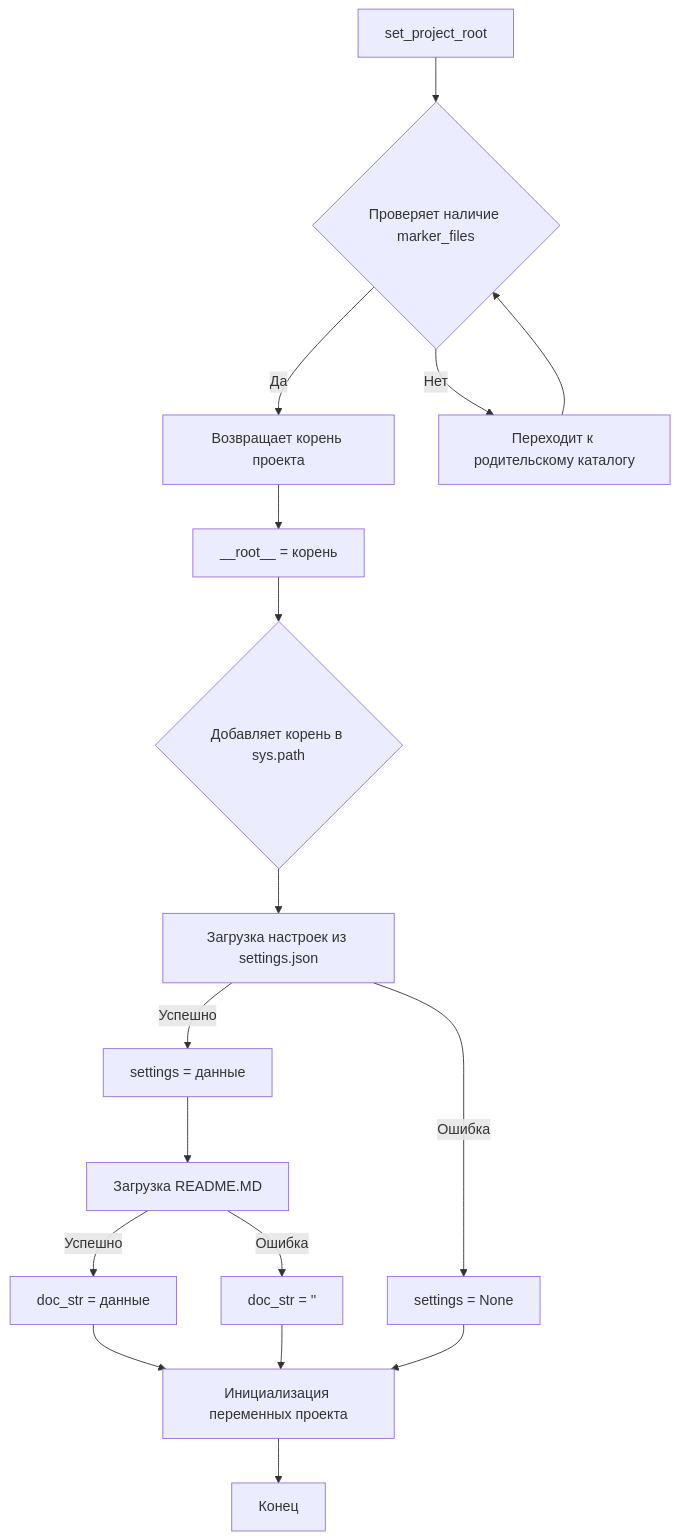
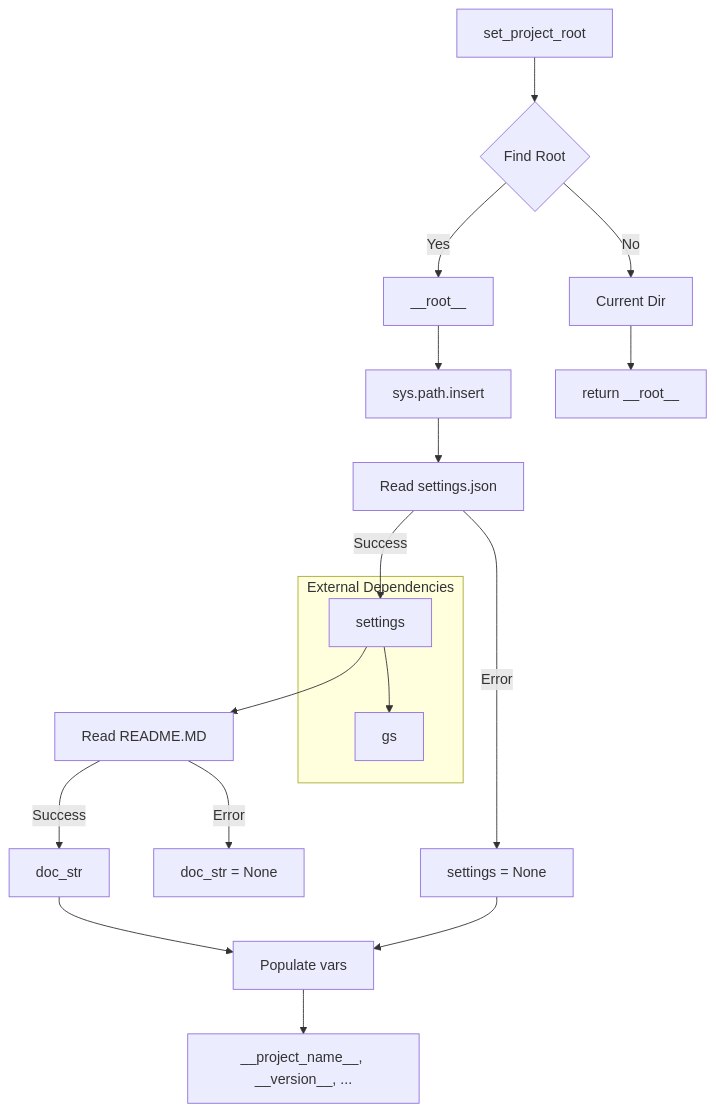
One commit to hypo69/hypo changed the diagram in docs/gemini/ru/explainer/src/suppliers/wallmart/header.md. Above: the diagram before and after it, drawn with Mermaid. The commit also changed other lines of this file and 468 other files, not shown here.

````diff
--- a/docs/gemini/ru/explainer/src/suppliers/wallmart/header.md
+++ b/docs/gemini/ru/explainer/src/suppliers/wallmart/header.md
@@ -100,19 +124,22 @@
 ```mermaid
 graph TD
-    A[set_project_root] --> B{Проверяет наличие marker_files};
-    B -- Да --> C[Возвращает корень проекта];
-    B -- Нет --> D[Переходит к родительскому каталогу];
-    C --> E[__root__ = корень];
-    D --> B;
-    E --> F{Добавляет корень в sys.path};
-    F --> G[Загрузка настроек из settings.json];
-    G -- Успешно --> H[settings = данные];
-    G -- Ошибка --> I[settings = None];
-    H --> J[Загрузка README.MD];
-    J -- Успешно --> K[doc_str = данные];
-    J -- Ошибка --> L[doc_str = ''];
-    K --> M[Инициализация переменных проекта];
+    A[set_project_root] --> B{Find Root};
+    B -- Yes --> C[__root__];
+    B -- No --> D[Current Dir];
+    C --> E[sys.path.insert];
+    D --> F[return __root__];
+    E --> G[Read settings.json];
+    G -- Success --> H[settings];
+    G -- Error --> I[settings = None];
+    H --> J[Read README.MD];
+    J -- Success --> K[doc_str];
+    J -- Error --> L[doc_str = None];
+    K --> M[Populate vars];
     I --> M;
-    L --> M;
-    M --> N[Конец];
+    M --> O[__project_name__, __version__, ...];
+    subgraph "External Dependencies"
+        H --> gs;
+    end
+    
+    
 ```
````
